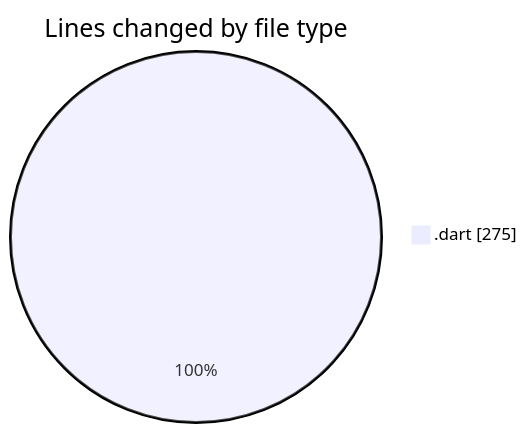
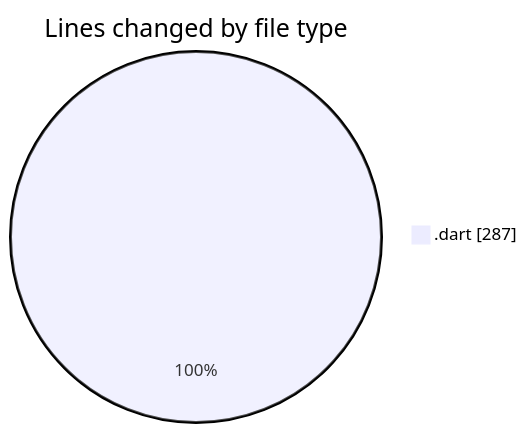
Before and after one commit to donsfak/code-tracking: the first of 2 diagrams in 2025-01-24/trackers_app/README.md, drawn with Mermaid. The commit also changed other lines of this file and 1 other file, not shown here.

````diff
--- a/2025-01-24/trackers_app/README.md
+++ b/2025-01-24/trackers_app/README.md
@@ -22,5 +22,5 @@
 ```mermaid
 pie showData
 title Lines changed by file type
-".dart" : 275
+".dart" : 287
 ```
````
